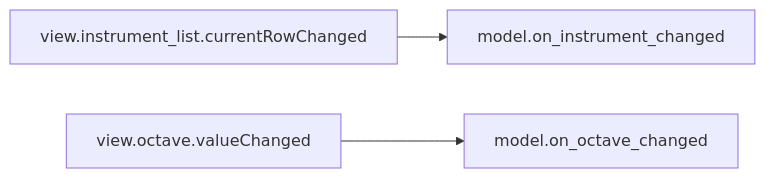
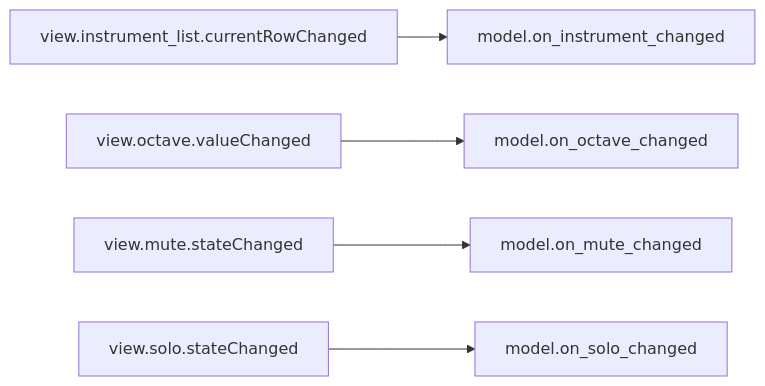
The fourth of 10 diagrams in doc/source/dashboard_signal_slot_map.rst (com-posers-pit/smw_music), drawn with Mermaid before and after one commit. The commit also changed 6 other files, not shown here.

Commit message:
Add instrument mute/solo functionality

```diff
--- a/doc/source/dashboard_signal_slot_map.rst
+++ b/doc/source/dashboard_signal_slot_map.rst
@@ -74,5 +74,7 @@
 .. mermaid::
 
    flowchart LR
       view.instrument_list.currentRowChanged --> model.on_instrument_changed
       view.octave.valueChanged --> model.on_octave_changed
+      view.mute.stateChanged --> model.on_mute_changed
+      view.solo.stateChanged --> model.on_solo_changed
```
